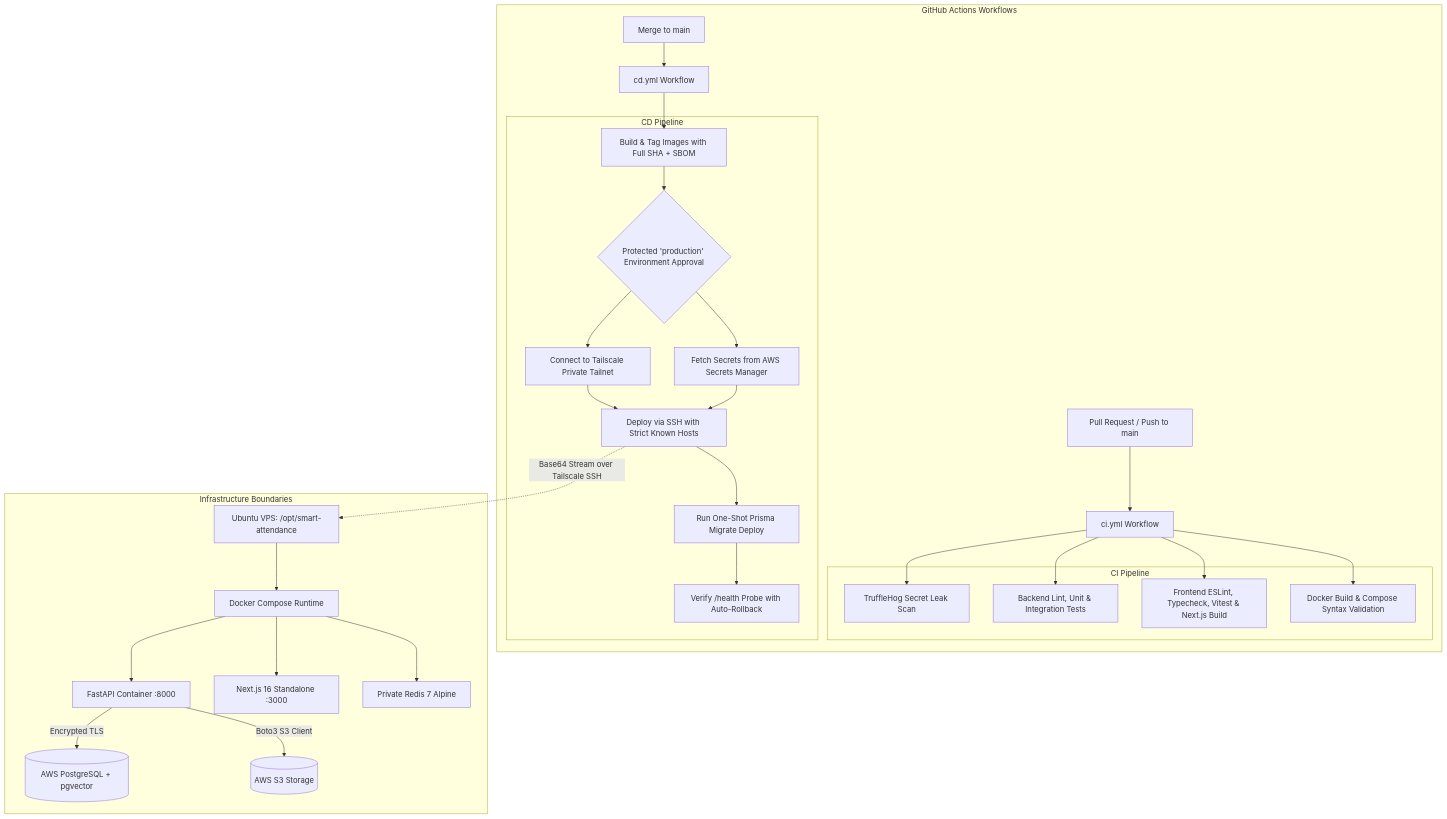
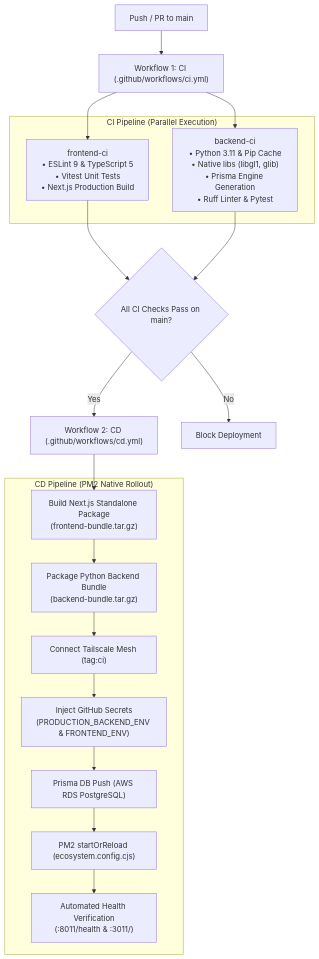
One commit to bytemapco/attandance changed the diagram in docs/devops-ci-cd.md. Above: the diagram before and after it, drawn with Mermaid. The commit also changed other lines of this file and 1 other file, not shown here.

Commit message:
docs: add comprehensive CI/CD architecture and PM2 deployment guide

````diff
--- a/docs/devops-ci-cd.md
+++ b/docs/devops-ci-cd.md
@@ -9,43 +9,36 @@
 ```mermaid
 flowchart TD
-    subgraph GitHubActions["GitHub Actions Workflows"]
-        PR[Pull Request / Push to main] --> CI[ci.yml Workflow]
-        subgraph CIJobs["CI Pipeline"]
-            Sec[TruffleHog Secret Leak Scan]
-            BackCI[Backend Lint, Unit & Integration Tests]
-            FrontCI[Frontend ESLint, Typecheck, Vitest & Next.js Build]
-            DockCI[Docker Build & Compose Syntax Validation]
-        end
-        CI --> Sec
-        CI --> BackCI
-        CI --> FrontCI
-        CI --> DockCI
-
-        Merge[Merge to main] --> CD[cd.yml Workflow]
-        subgraph CDJobs["CD Pipeline"]
-            BuildGHCR[Build & Tag Images with Full SHA + SBOM]
-            Gate{Protected 'production' Environment Approval}
-            Tailnet[Connect to Tailscale Private Tailnet]
-            AWSSecret[Fetch Secrets from AWS Secrets Manager]
-            DeployVPS[Deploy via SSH with Strict Known Hosts]
-            Migrate[Run One-Shot Prisma Migrate Deploy]
-            Health[Verify /health Probe with Auto-Rollback]
-        end
-        CD --> BuildGHCR
-        BuildGHCR --> Gate
-        Gate --> Tailnet
-        Gate --> AWSSecret
-        Tailnet & AWSSecret --> DeployVPS
-        DeployVPS --> Migrate --> Health
+    Push["Push / PR to main"] --> CI["Workflow 1: CI (.github/workflows/ci.yml)"]
+    
+    subgraph CI_Pipeline ["CI Pipeline (Parallel Execution)"]
+        FCheck["frontend-ci<br/>• ESLint 9 & TypeScript 5<br/>• Vitest Unit Tests<br/>• Next.js Production Build"]
+        BCheck["backend-ci<br/>• Python 3.11 & Pip Cache<br/>• Native libs (libgl1, glib)<br/>• Prisma Engine Generation<br/>• Ruff Linter & Pytest"]
     end
-
-    subgraph Infrastructure["Infrastructure Boundaries"]
-        DeployVPS -.-> |Base64 Stream over Tailscale SSH| VPS[Ubuntu VPS: /opt/smart-attendance]
-        VPS --> Docker[Docker Compose Runtime]
-        Docker --> BackendCont[FastAPI Container :8000]
-        Docker --> FrontendCont[Next.js 16 Standalone :3000]
-        Docker --> RedisCont[Private Redis 7 Alpine]
-        BackendCont --> |Encrypted TLS| AWS_RDS[(AWS PostgreSQL + pgvector)]
-        BackendCont --> |Boto3 S3 Client| AWS_S3[(AWS S3 Storage)]
+    
+    CI --> FCheck
+    CI --> BCheck
+    
+    FCheck --> Gate{"All CI Checks Pass on main?"}
+    BCheck --> Gate
+    
+    Gate -->|Yes| CD["Workflow 2: CD (.github/workflows/cd.yml)"]
+    Gate -->|No| Fail["Block Deployment"]
+    
+    subgraph CD_Pipeline ["CD Pipeline (PM2 Native Rollout)"]
+        BuildFE["Build Next.js Standalone Package<br/>(frontend-bundle.tar.gz)"]
+        PackageBE["Package Python Backend Bundle<br/>(backend-bundle.tar.gz)"]
+        Tailnet["Connect Tailscale Mesh (tag:ci)"]
+        InjectEnv["Inject GitHub Secrets<br/>(PRODUCTION_BACKEND_ENV & FRONTEND_ENV)"]
+        DBSync["Prisma DB Push (AWS RDS PostgreSQL)"]
+        DeployPM2["PM2 startOrReload (ecosystem.config.cjs)"]
+        HealthGate["Automated Health Verification<br/>(:8011/health & :3011/)"]
     end
+    
+    CD --> BuildFE
+    BuildFE --> PackageBE
+    PackageBE --> Tailnet
+    Tailnet --> InjectEnv
+    InjectEnv --> DBSync
+    DBSync --> DeployPM2
+    DeployPM2 --> HealthGate
 ```
````
